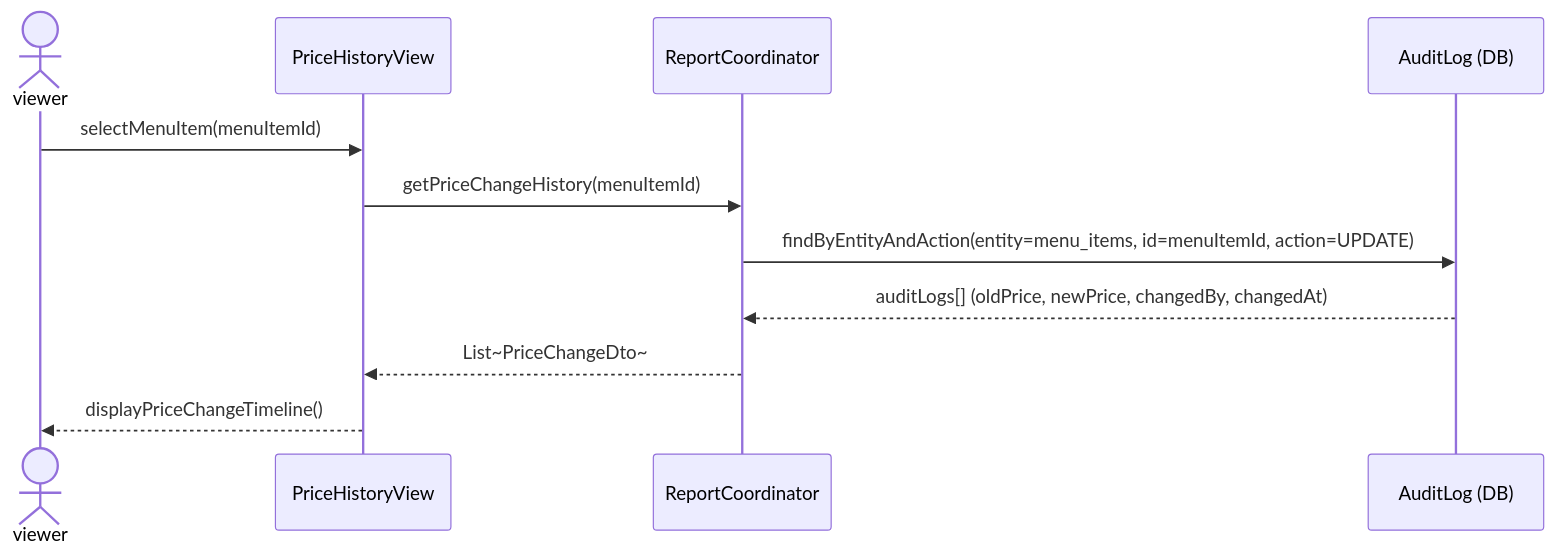
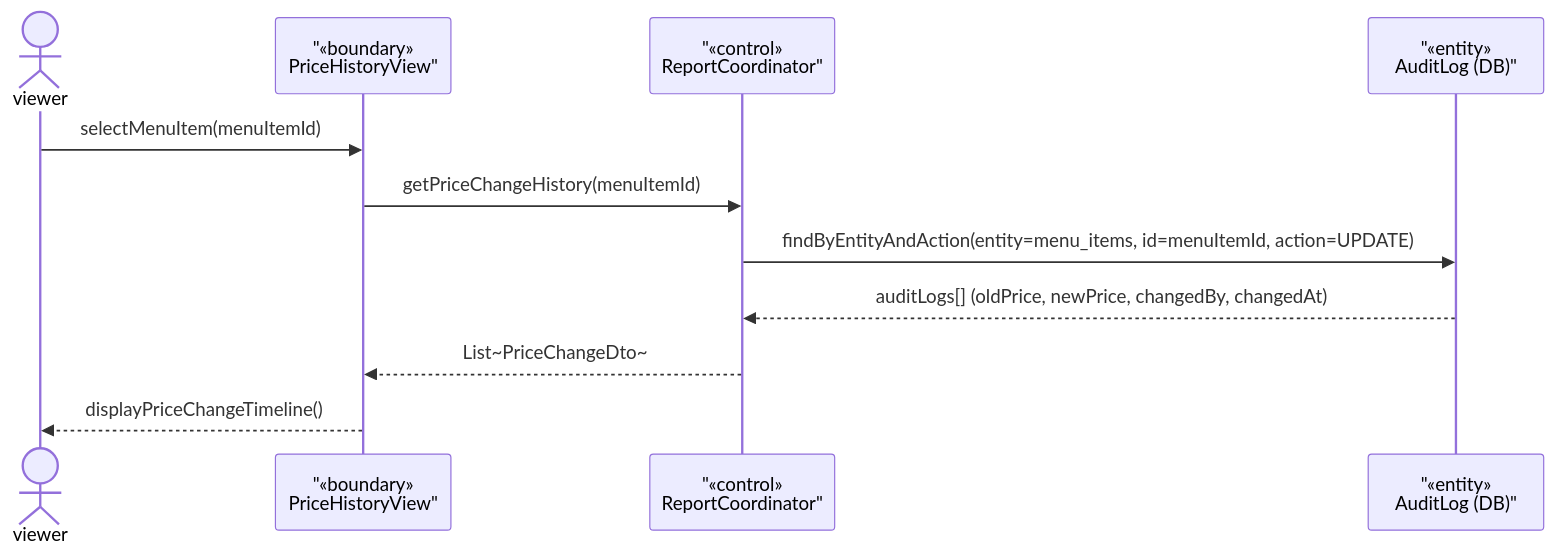
The fifth of 5 diagrams in rds_sections/13_detailed_3_10_reports.md (Shaichi/Khoga_coffe_shop), drawn with Mermaid before and after one commit. The commit also changed other lines of this file and 13 other files, not shown here.

````diff
--- a/rds_sections/13_detailed_3_10_reports.md
+++ b/rds_sections/13_detailed_3_10_reports.md
@@ -211,14 +211,14 @@
 ```mermaid
 sequenceDiagram
     actor viewer
-    participant PriceHistView as PriceHistoryView
-    participant ReportCoord as ReportCoordinator
-    participant AuditDB as AuditLog (DB)
+participant PriceHistView as "«boundary»<br/>PriceHistoryView"
+participant ReportCoord as "«control»<br/>ReportCoordinator"
+participant AuditDB as "«entity»<br/>AuditLog (DB)"
 
     viewer->>PriceHistView: selectMenuItem(menuItemId)
     PriceHistView->>ReportCoord: getPriceChangeHistory(menuItemId)
     ReportCoord->>AuditDB: findByEntityAndAction(entity=menu_items, id=menuItemId, action=UPDATE)
     AuditDB-->>ReportCoord: auditLogs[] (oldPrice, newPrice, changedBy, changedAt)
     ReportCoord-->>PriceHistView: List~PriceChangeDto~
     PriceHistView-->>viewer: displayPriceChangeTimeline()
 ```
````
